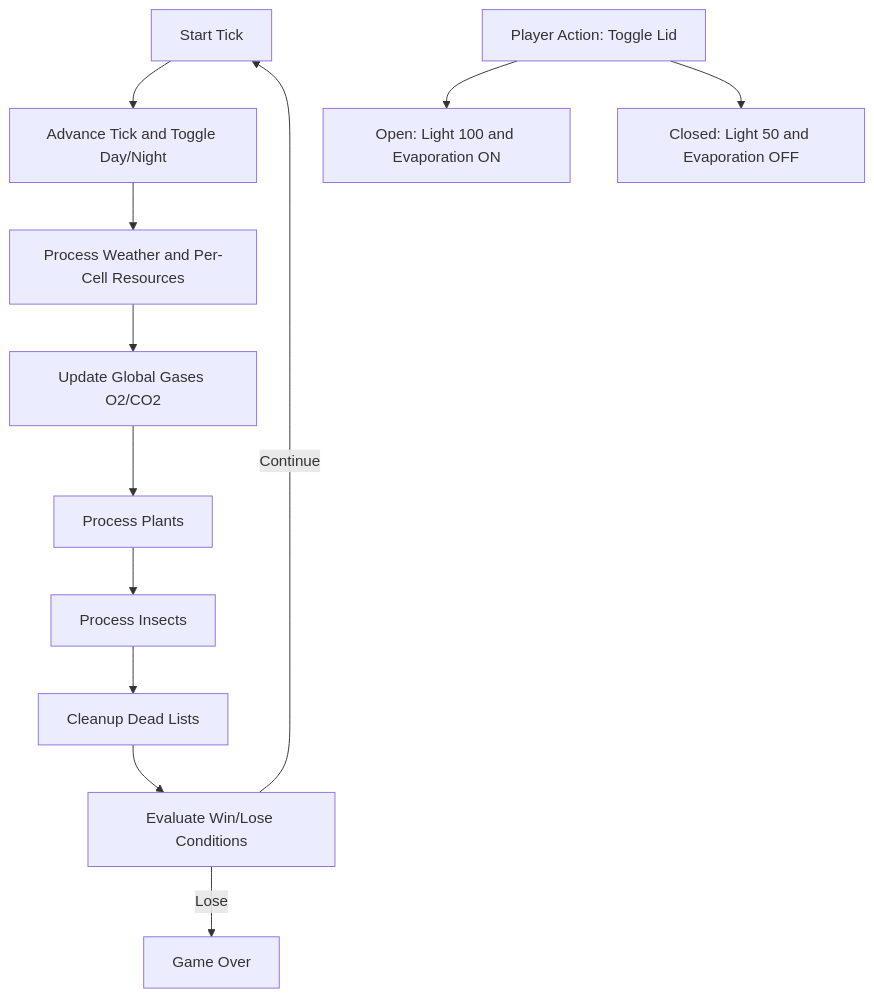
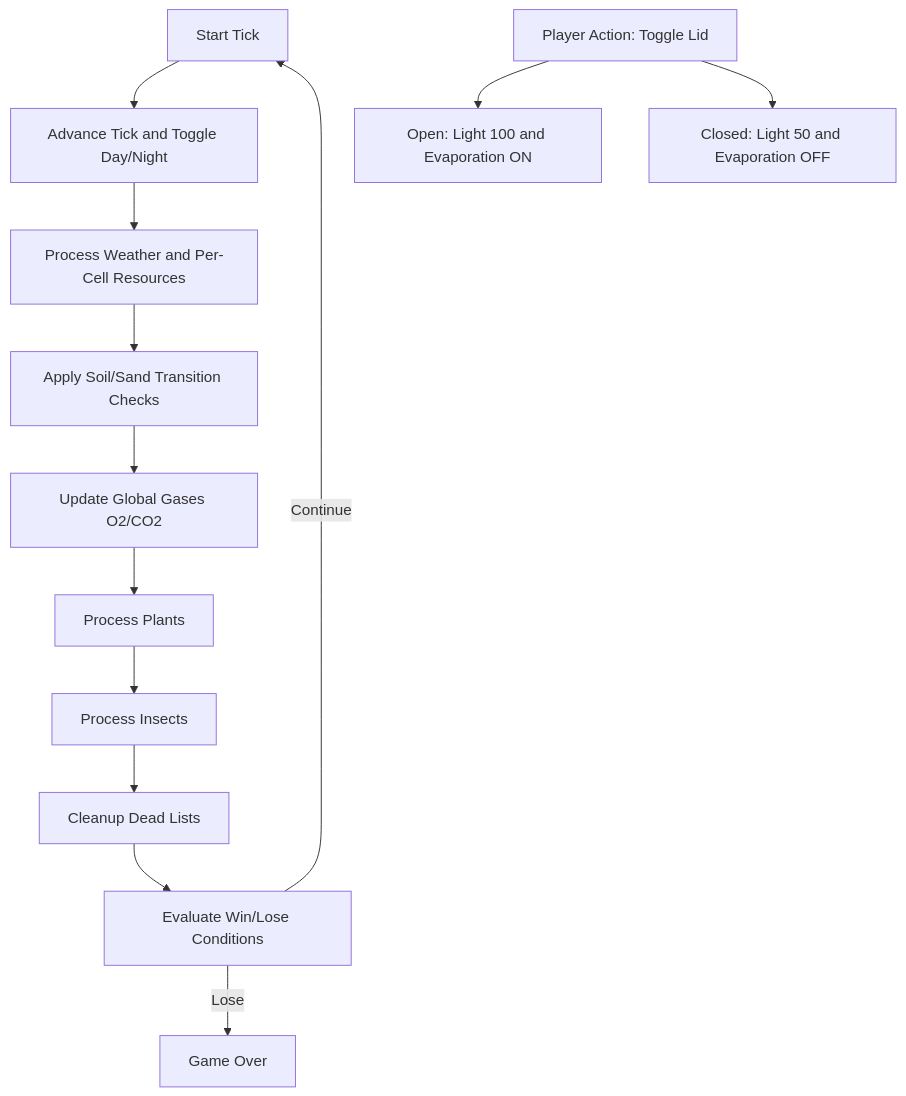
One commit to DenysVuika/terrarium changed the diagram in sandbox/terrarium-main-game-loop.md. Above: the diagram before and after it, drawn with Mermaid. The commit also changed 8 other files, not shown here.

````diff
--- a/sandbox/terrarium-main-game-loop.md
+++ b/sandbox/terrarium-main-game-loop.md
@@ -3,15 +3,16 @@
 ```mermaid
 flowchart TD
     A[Start Tick] --> B[Advance Tick and Toggle Day/Night]
     B --> C[Process Weather and Per-Cell Resources]
-    C --> D[Update Global Gases O2/CO2]
+    C --> C1[Apply Soil/Sand Transition Checks]
+    C1 --> D[Update Global Gases O2/CO2]
     D --> E[Process Plants]
     E --> F[Process Insects]
     F --> G[Cleanup Dead Lists]
     G --> H[Evaluate Win/Lose Conditions]
     H -->|Lose| I[Game Over]
     H -->|Continue| A
 
     J[Player Action: Toggle Lid] --> K[Open: Light 100 and Evaporation ON]
     J --> L[Closed: Light 50 and Evaporation OFF]
 ```
````
